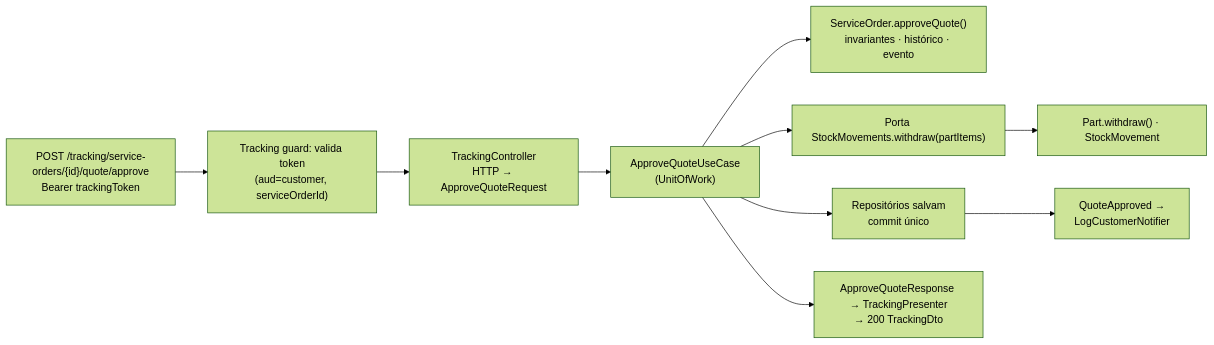
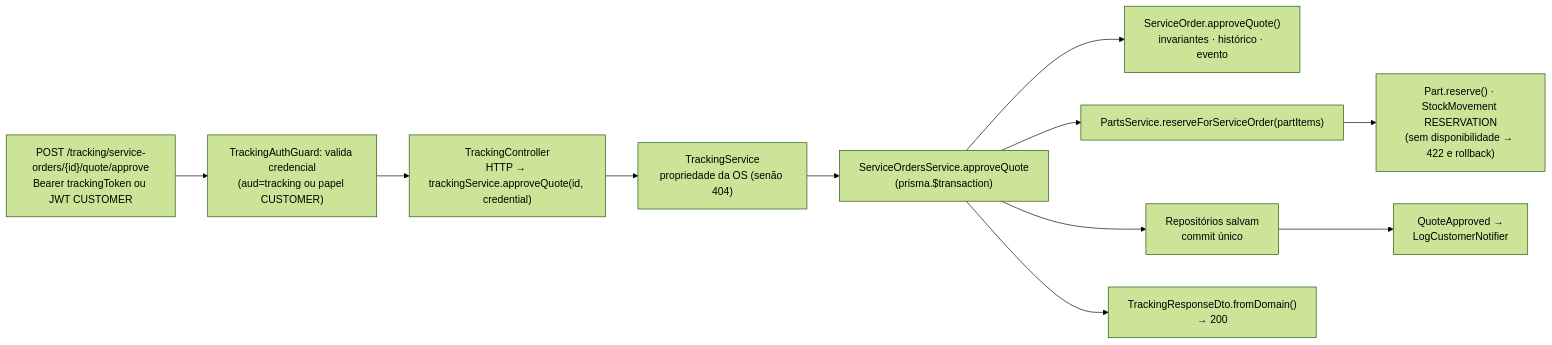
Before and after one commit to HermandoThiago/FIAP-SOAT: the fourth of 4 diagrams in docs/04-arquitetura/visao-geral.md, drawn with Mermaid (forest theme). The commit also changed other lines of this file and 57 other files, not shown here.

````diff
--- a/docs/04-arquitetura/visao-geral.md
+++ b/docs/04-arquitetura/visao-geral.md
@@ -111,12 +118,13 @@
 ```mermaid
 flowchart LR
-    R["POST /tracking/service-orders/{id}/quote/approve<br/>Bearer trackingToken"] --> F["Tracking guard: valida token<br/>(aud=customer, serviceOrderId)"]
-    F --> C["TrackingController<br/>HTTP → ApproveQuoteRequest"]
-    C --> U["ApproveQuoteUseCase<br/>(UnitOfWork)"]
+    R["POST /tracking/service-orders/{id}/quote/approve<br/>Bearer trackingToken ou JWT CUSTOMER"] --> F["TrackingAuthGuard: valida credencial<br/>(aud=tracking ou papel CUSTOMER)"]
+    F --> C["TrackingController<br/>HTTP → trackingService.approveQuote(id, credential)"]
+    C --> T["TrackingService<br/>propriedade da OS (senão 404)"]
+    T --> U["ServiceOrdersService.approveQuote<br/>(prisma.$transaction)"]
     U --> D["ServiceOrder.approveQuote()<br/>invariantes · histórico · evento"]
-    U --> E["Porta StockMovements.withdraw(partItems)"]
-    E --> P["Part.withdraw() · StockMovement"]
+    U --> E["PartsService.reserveForServiceOrder(partItems)"]
+    E --> P["Part.reserve() · StockMovement RESERVATION<br/>(sem disponibilidade → 422 e rollback)"]
     U --> S["Repositórios salvam<br/>commit único"]
     S --> N["QuoteApproved →<br/>LogCustomerNotifier"]
-    U --> O["ApproveQuoteResponse → TrackingPresenter<br/>→ 200 TrackingDto"]
+    U --> O["TrackingResponseDto.fromDomain()<br/>→ 200"]
 ```
````
